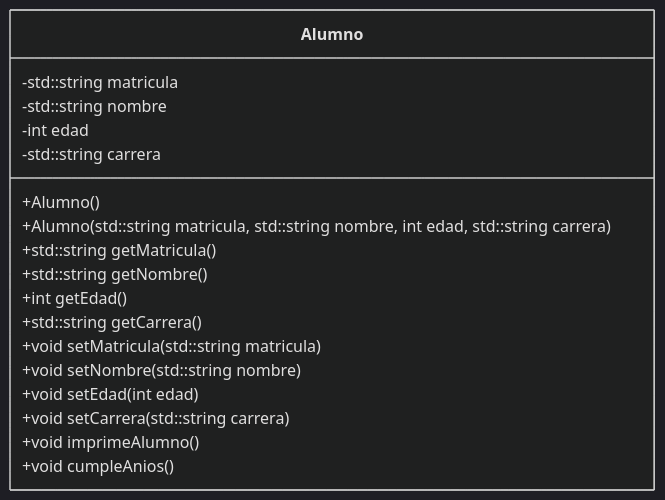
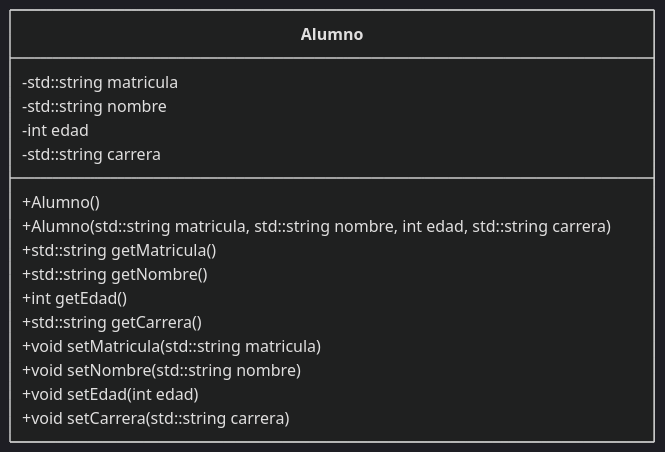
One commit to CLA-UFX-C25/s3a11.leonguevara changed the diagram in README.md. Above: the diagram before and after it, drawn with Mermaid (dark theme).

````diff
--- a/README.md
+++ b/README.md
@@ -31,25 +31,22 @@
 ```mermaid
 classDiagram
     class Alumno {
         -std::string matricula
         -std::string nombre
         -int edad
         -std::string carrera
 
         +Alumno()
         +Alumno(std::string matricula, std::string nombre, int edad, std::string carrera)
 
         +std::string getMatricula()
         +std::string getNombre()
         +int getEdad()
         +std::string getCarrera()
 
         +void setMatricula(std::string matricula)
         +void setNombre(std::string nombre)
         +void setEdad(int edad)
         +void setCarrera(std::string carrera)
-
-        +void imprimeAlumno()
-        +void cumpleAnios()
     }
 ```
````
